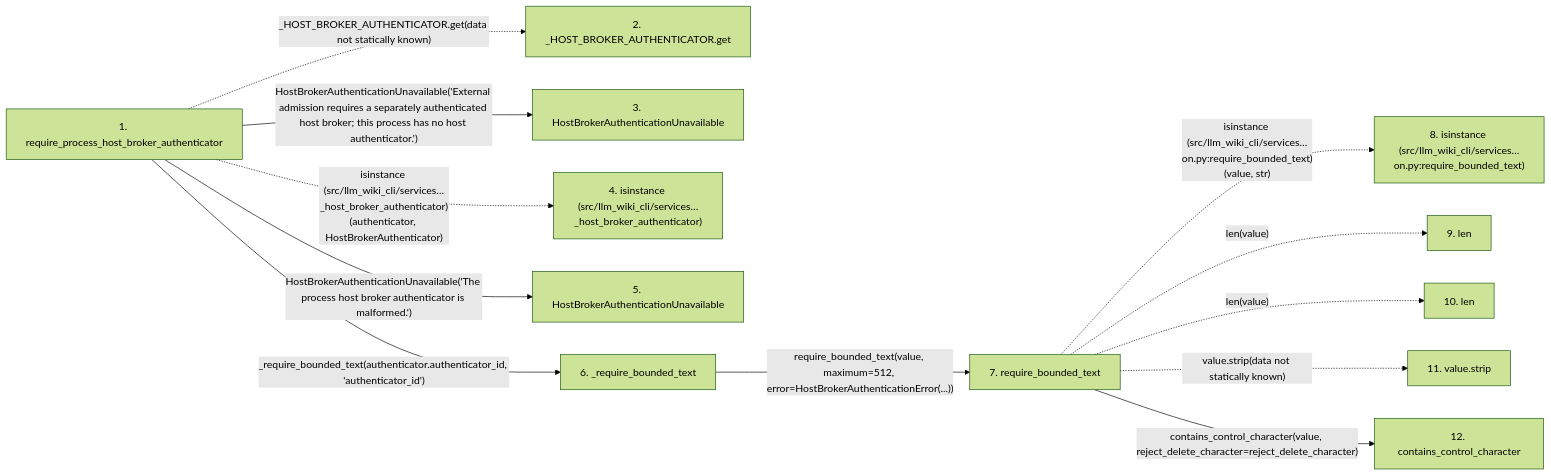
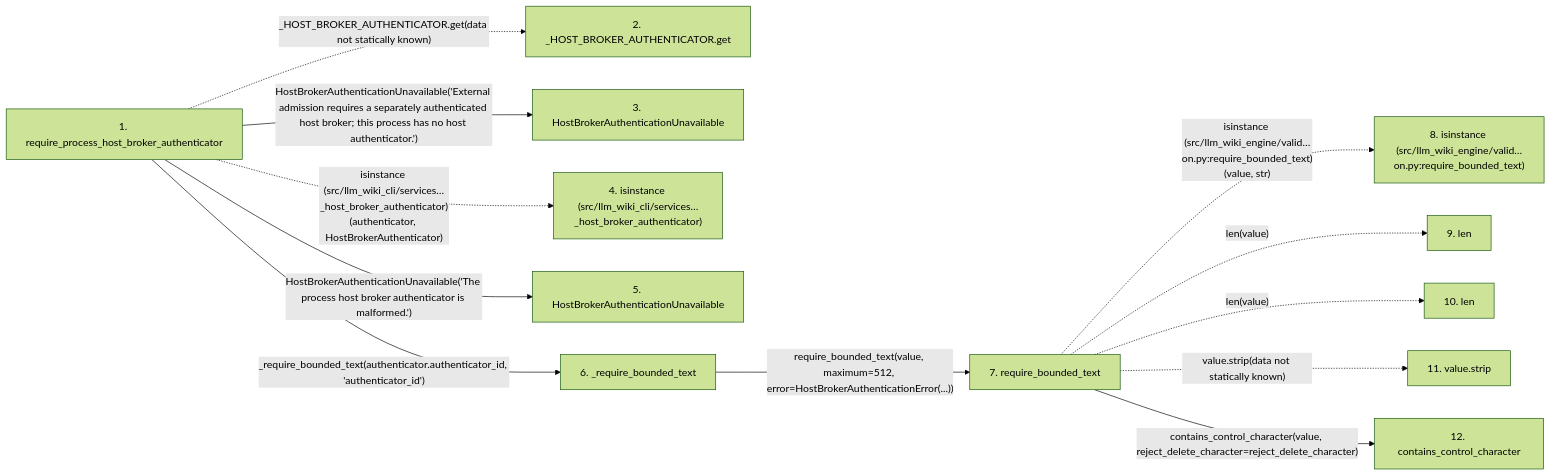
The second of 2 diagrams in docs/llm_wiki/flows/api-require_process_host_broker_authenticator.md (Denissvgn/python-wiki-llm), drawn with Mermaid (forest theme) before and after one commit. The commit also changed other lines of this file and 1103 other files, not shown here.

First line of the commit message:
docs: refresh the wiki for the llm-wiki-engine distribution

````diff
--- a/docs/llm_wiki/flows/api-require_process_host_broker_authenticator.md
+++ b/docs/llm_wiki/flows/api-require_process_host_broker_authenticator.md
@@ -76,32 +76,32 @@
 ```mermaid
 flowchart LR
     s1["1. require_process_host_broker_authenticator"]
     s2["2. _HOST_BROKER_AUTHENTICATOR.get"]
     s3["3. HostBrokerAuthenticationUnavailable"]
     s4["4. isinstance (src/llm_wiki_cli/services…_host_broker_authenticator)"]
     s5["5. HostBrokerAuthenticationUnavailable"]
     s6["6. _require_bounded_text"]
     s7["7. require_bounded_text"]
-    s8["8. isinstance (src/llm_wiki_cli/services…on.py:require_bounded_text)"]
+    s8["8. isinstance (src/llm_wiki_engine/valid…on.py:require_bounded_text)"]
     s9["9. len"]
     s10["10. len"]
     s11["11. value.strip"]
     s12["12. contains_control_character"]
     s1 -. "_HOST_BROKER_AUTHENTICATOR.get(data not statically known)" .-> s2
     s1 -->|"HostBrokerAuthenticationUnavailable('External admission requires a separately authenticated host broker; this process has no host authenticator.')"| s3
     s1 -. "isinstance (src/llm_wiki_cli/services…_host_broker_authenticator)(authenticator, HostBrokerAuthenticator)" .-> s4
     s1 -->|"HostBrokerAuthenticationUnavailable('The process host broker authenticator is malformed.')"| s5
     s1 -->|"_require_bounded_text(authenticator.authenticator_id, 'authenticator_id')"| s6
     s6 -->|"require_bounded_text(value, maximum=512, error=HostBrokerAuthenticationError(...))"| s7
-    s7 -. "isinstance (src/llm_wiki_cli/services…on.py:require_bounded_text)(value, str)" .-> s8
+    s7 -. "isinstance (src/llm_wiki_engine/valid…on.py:require_bounded_text)(value, str)" .-> s8
     s7 -. "len(value)" .-> s9
     s7 -. "len(value)" .-> s10
     s7 -. "value.strip(data not statically known)" .-> s11
     s7 -->|"contains_control_character(value, reject_delete_character=reject_delete_character)"| s12
     click s1 "../modules/host_broker.md"
     click s3 "../modules/host_broker.md"
     click s5 "../modules/host_broker.md"
     click s6 "../modules/host_broker.md"
     click s7 "../modules/validation.md"
     click s12 "../modules/validation.md"
 ```
````
